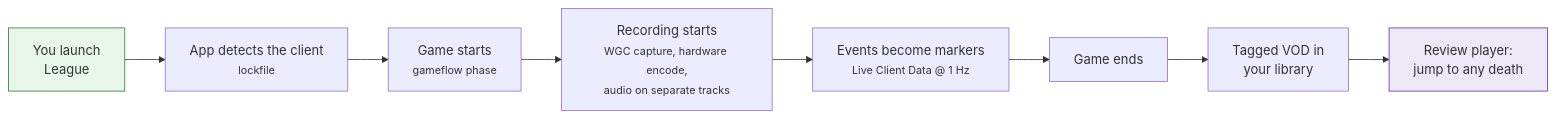
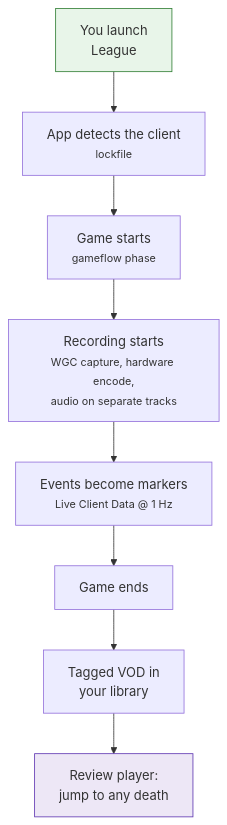
One commit to NinjaGoldfinch/ninja-recorder changed the first of 2 diagrams in README.md. Above: the diagram before and after it, drawn with Mermaid. The commit also changed other lines of this file and 1 other file, not shown here.

````diff
--- a/README.md
+++ b/README.md
@@ -34,12 +18,12 @@
 ```mermaid
-flowchart LR
+flowchart TB
     A["You launch<br/>League"] --> B["App detects the client<br/><small>lockfile</small>"]
     B --> C["Game starts<br/><small>gameflow phase</small>"]
     C --> D["Recording starts<br/><small>WGC capture, hardware encode,<br/>audio on separate tracks</small>"]
     D --> E["Events become markers<br/><small>Live Client Data @ 1 Hz</small>"]
     E --> F["Game ends"]
     F --> G["Tagged VOD in<br/>your library"]
     G --> H["Review player:<br/>jump to any death"]
     style A fill:#e8f5e9,stroke:#2e7d32
     style H fill:#ede7f6,stroke:#5e35b1
 ```
````
